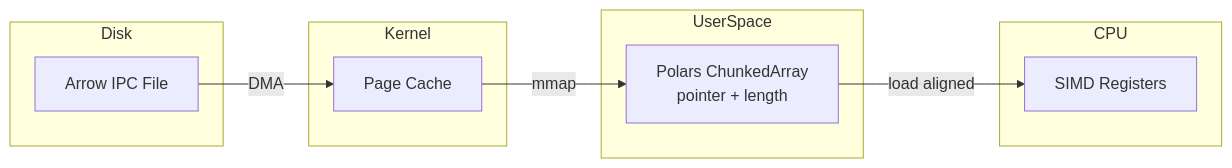
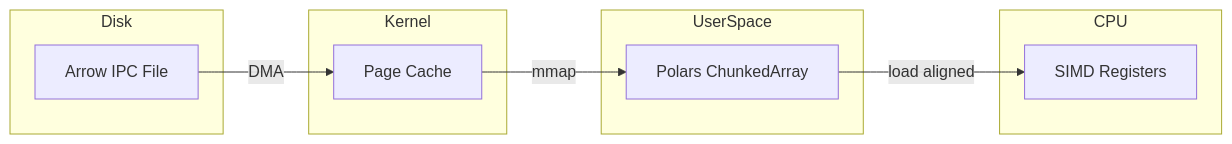
The second of 2 diagrams in SW-ML-AI Engineering/14 - Rust Engineering/07 - Polars Internals and Advanced/02 - Memory Mapping and Zero-Copy Reads.md (Leito2/Learning), drawn with Mermaid before and after one commit. The commit also changed other lines of this file and 123 other files, not shown here.

````diff
--- a/SW-ML-AI Engineering/14 - Rust Engineering/07 - Polars Internals and Advanced/02 - Memory Mapping and Zero-Copy Reads.md
+++ b/SW-ML-AI Engineering/14 - Rust Engineering/07 - Polars Internals and Advanced/02 - Memory Mapping and Zero-Copy Reads.md
@@ -266,18 +228,18 @@
 ```mermaid
 flowchart LR
     subgraph Disk
         A[Arrow IPC File]
     end
     subgraph Kernel
         B[Page Cache]
     end
     subgraph UserSpace
-        C[Polars ChunkedArray<br/>pointer + length]
+        C[Polars ChunkedArray]
     end
     subgraph CPU
         D[SIMD Registers]
     end
     A -->|DMA| B
     B -->|mmap| C
     C -->|load aligned| D
 ```
````
